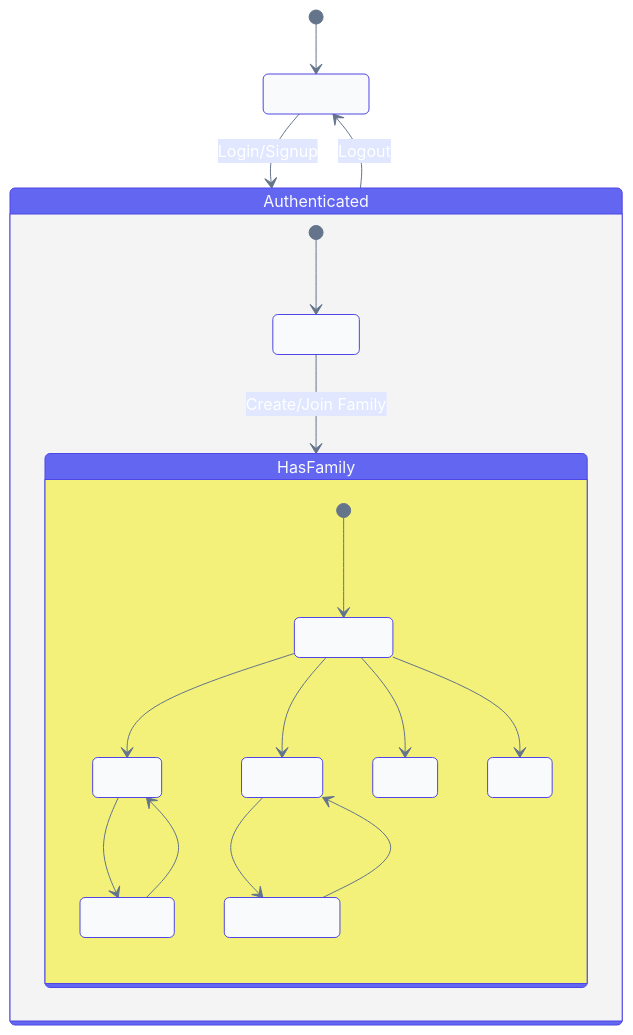
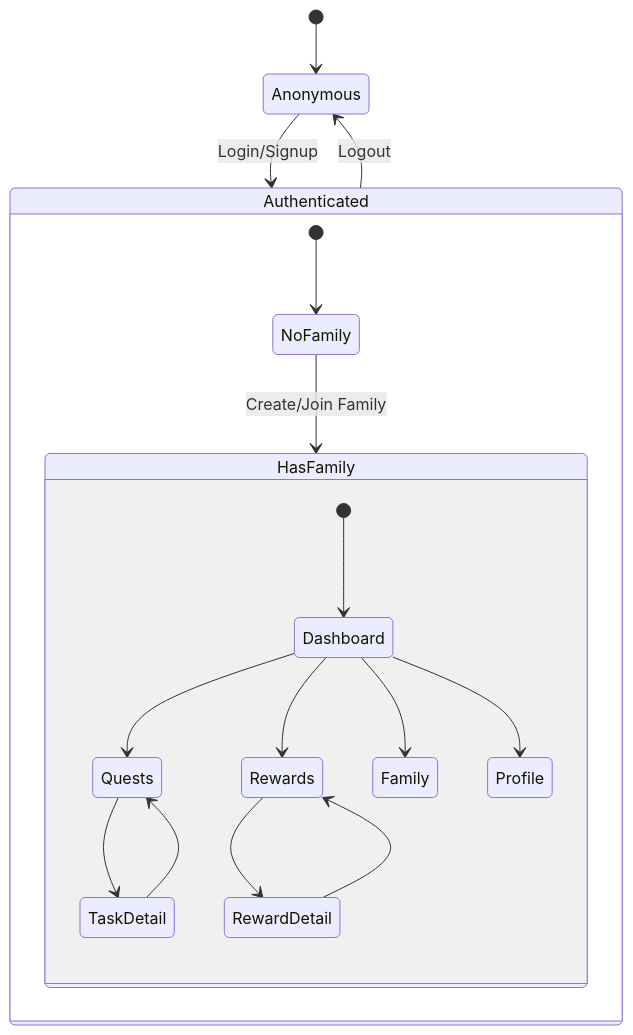
The sixth of 9 diagrams in docs/ARCHITECTURE.md (anisha-agarwal/chore-champions), drawn with Mermaid before and after one commit. The commit also changed other lines of this file and 2 other files, not shown here.

First line of the commit message:
Use default Mermaid theme for cleaner diagrams

````diff
--- a/docs/ARCHITECTURE.md
+++ b/docs/ARCHITECTURE.md
@@ -176,27 +176,27 @@
 ```mermaid
-%%{init: {'theme': 'base', 'themeVariables': {'primaryColor': '#6366f1', 'primaryTextColor': '#fff', 'primaryBorderColor': '#4f46e5', 'lineColor': '#64748b', 'secondaryColor': '#e0e7ff', 'stateBkg': '#f8fafc', 'stateBorder': '#94a3b8'}}}%%
+%%{init: {'theme': 'default'}}%%
 stateDiagram-v2
     [*] --> Anonymous
 
     Anonymous --> Authenticated: Login/Signup
     Authenticated --> Anonymous: Logout
 
     state Authenticated {
         [*] --> NoFamily
         NoFamily --> HasFamily: Create/Join Family
 
         state HasFamily {
             [*] --> Dashboard
             Dashboard --> Quests
             Dashboard --> Rewards
             Dashboard --> Family
             Dashboard --> Profile
 
             Quests --> TaskDetail
             TaskDetail --> Quests
 
             Rewards --> RewardDetail
             RewardDetail --> Rewards
         }
     }
 ```
````
